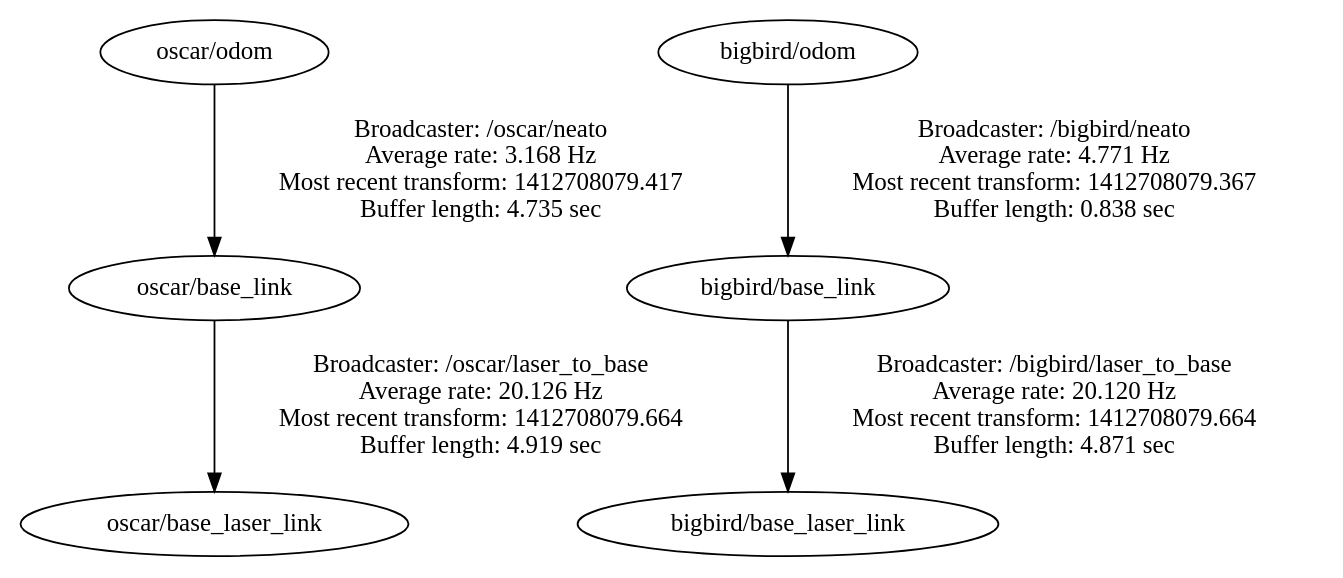
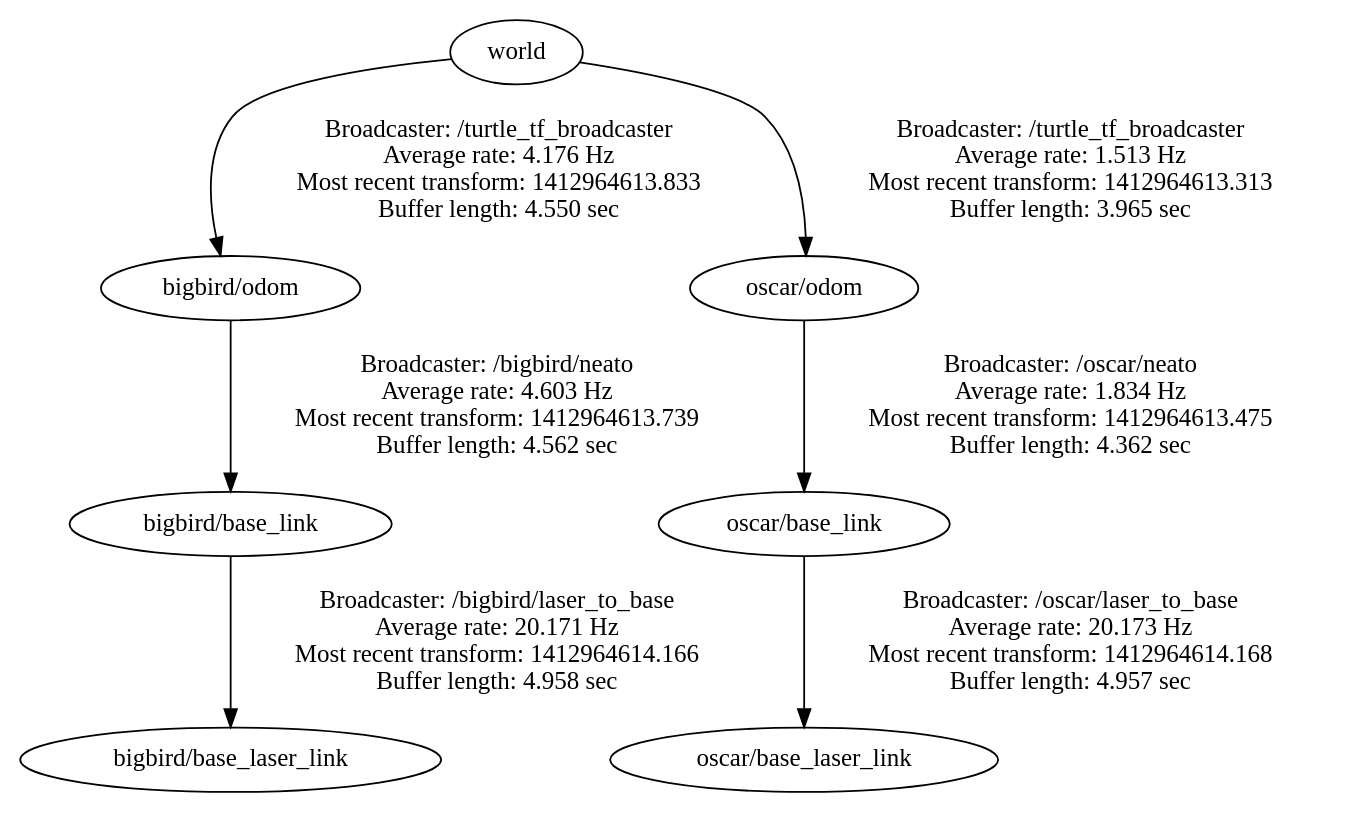
The diagram in neato_horde/horde_node/launch/frames.gv (srli/NeatoHorde), drawn with Graphviz before and after one commit. The commit also changed 2 other files, not shown here.

```diff
--- a/neato_horde/horde_node/launch/frames.gv
+++ b/neato_horde/horde_node/launch/frames.gv
@@ -1,6 +1,8 @@
 digraph G {
-"oscar/base_link" -> "oscar/base_laser_link"[label="Broadcaster: /oscar/laser_to_base\nAverage rate: 20.126 Hz\nMost recent transform: 1412708079.664 \nBuffer length: 4.919 sec\n"];
-"oscar/odom" -> "oscar/base_link"[label="Broadcaster: /oscar/neato\nAverage rate: 3.168 Hz\nMost recent transform: 1412708079.417 \nBuffer length: 4.735 sec\n"];
-"bigbird/base_link" -> "bigbird/base_laser_link"[label="Broadcaster: /bigbird/laser_to_base\nAverage rate: 20.120 Hz\nMost recent transform: 1412708079.664 \nBuffer length: 4.871 sec\n"];
-"bigbird/odom" -> "bigbird/base_link"[label="Broadcaster: /bigbird/neato\nAverage rate: 4.771 Hz\nMost recent transform: 1412708079.367 \nBuffer length: 0.838 sec\n"];
+"bigbird/base_link" -> "bigbird/base_laser_link"[label="Broadcaster: /bigbird/laser_to_base\nAverage rate: 20.171 Hz\nMost recent transform: 1412964614.166 \nBuffer length: 4.958 sec\n"];
+"bigbird/odom" -> "bigbird/base_link"[label="Broadcaster: /bigbird/neato\nAverage rate: 4.603 Hz\nMost recent transform: 1412964613.739 \nBuffer length: 4.562 sec\n"];
+"oscar/base_link" -> "oscar/base_laser_link"[label="Broadcaster: /oscar/laser_to_base\nAverage rate: 20.173 Hz\nMost recent transform: 1412964614.168 \nBuffer length: 4.957 sec\n"];
+"oscar/odom" -> "oscar/base_link"[label="Broadcaster: /oscar/neato\nAverage rate: 1.834 Hz\nMost recent transform: 1412964613.475 \nBuffer length: 4.362 sec\n"];
+"world" -> "bigbird/odom"[label="Broadcaster: /turtle_tf_broadcaster\nAverage rate: 4.176 Hz\nMost recent transform: 1412964613.833 \nBuffer length: 4.550 sec\n"];
+"world" -> "oscar/odom"[label="Broadcaster: /turtle_tf_broadcaster\nAverage rate: 1.513 Hz\nMost recent transform: 1412964613.313 \nBuffer length: 3.965 sec\n"];
 }
```
